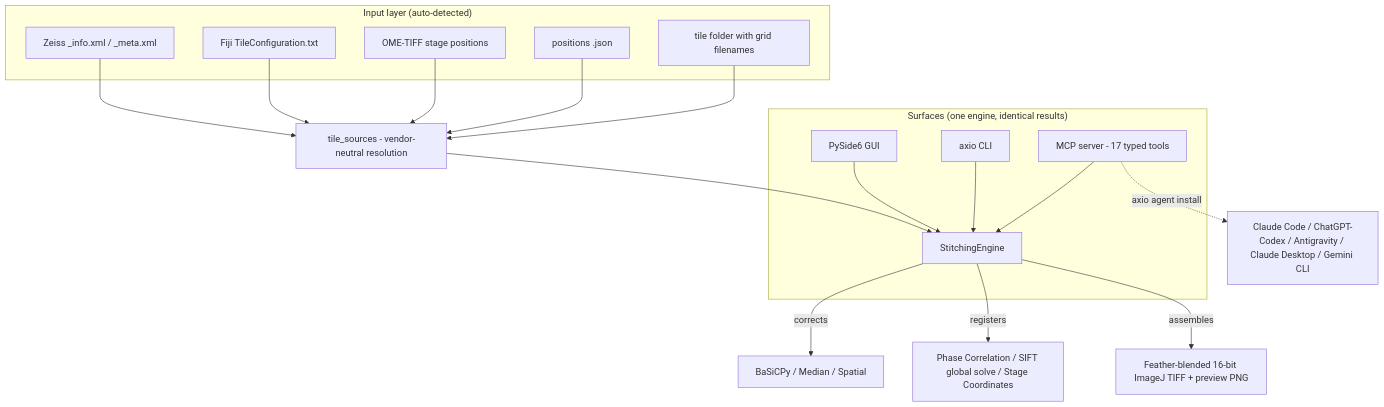
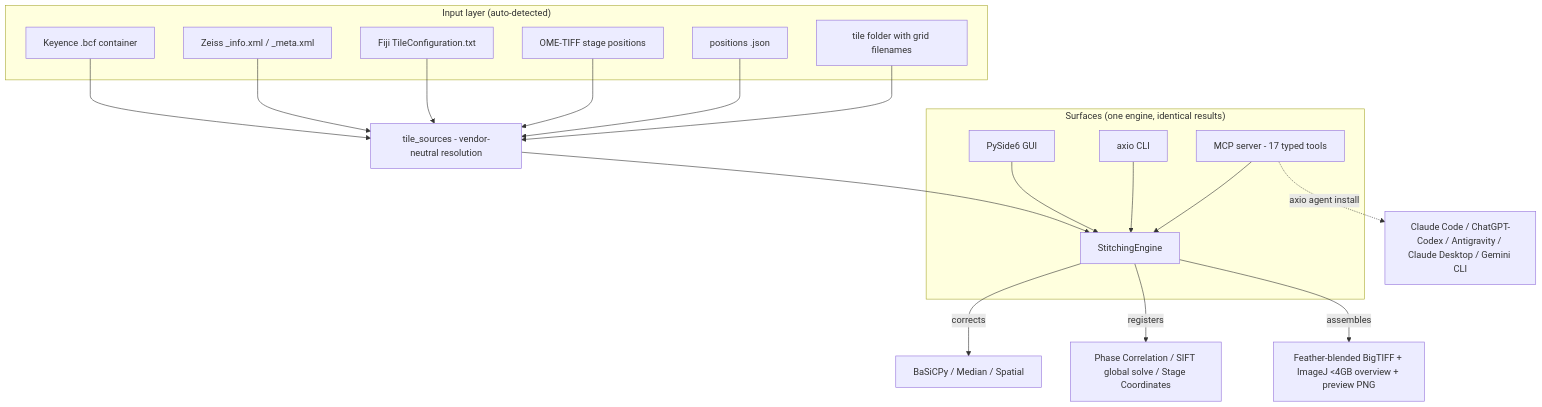
The diagram in README.md (phwr9jj7-beep/AXIO_Sticthing), drawn with Mermaid before and after one commit. The commit also changed other lines of this file and 14 other files, not shown here.

Commit message:
feat: release v1.2.0 - validated Keyence .bcf brightfield stitching and ImageJ overview support

````diff
--- a/README.md
+++ b/README.md
@@ -39,21 +39,22 @@
 ```mermaid
 graph TD
     subgraph "Input layer (auto-detected)"
+        S0[Keyence .bcf container]
         S1[Zeiss _info.xml / _meta.xml]
         S2[Fiji TileConfiguration.txt]
         S3[OME-TIFF stage positions]
         S4[positions .json]
         S5[tile folder with grid filenames]
     end
-    S1 & S2 & S3 & S4 & S5 --> TS[tile_sources - vendor-neutral resolution]
+    S0 & S1 & S2 & S3 & S4 & S5 --> TS[tile_sources - vendor-neutral resolution]
     TS --> E[StitchingEngine]
     E -->|corrects| C[BaSiCPy / Median / Spatial]
     E -->|registers| R[Phase Correlation / SIFT global solve / Stage Coordinates]
-    E -->|assembles| O[Feather-blended 16-bit ImageJ TIFF + preview PNG]
+    E -->|assembles| O[Feather-blended BigTIFF + ImageJ <4GB overview + preview PNG]
     subgraph "Surfaces (one engine, identical results)"
         GUI[PySide6 GUI] --> E
         CLI[axio CLI] --> E
         MCP[MCP server - 17 typed tools] --> E
     end
     MCP -.->|axio agent install| AG[Claude Code / ChatGPT-Codex / Antigravity / Claude Desktop / Gemini CLI]
 ```
````
